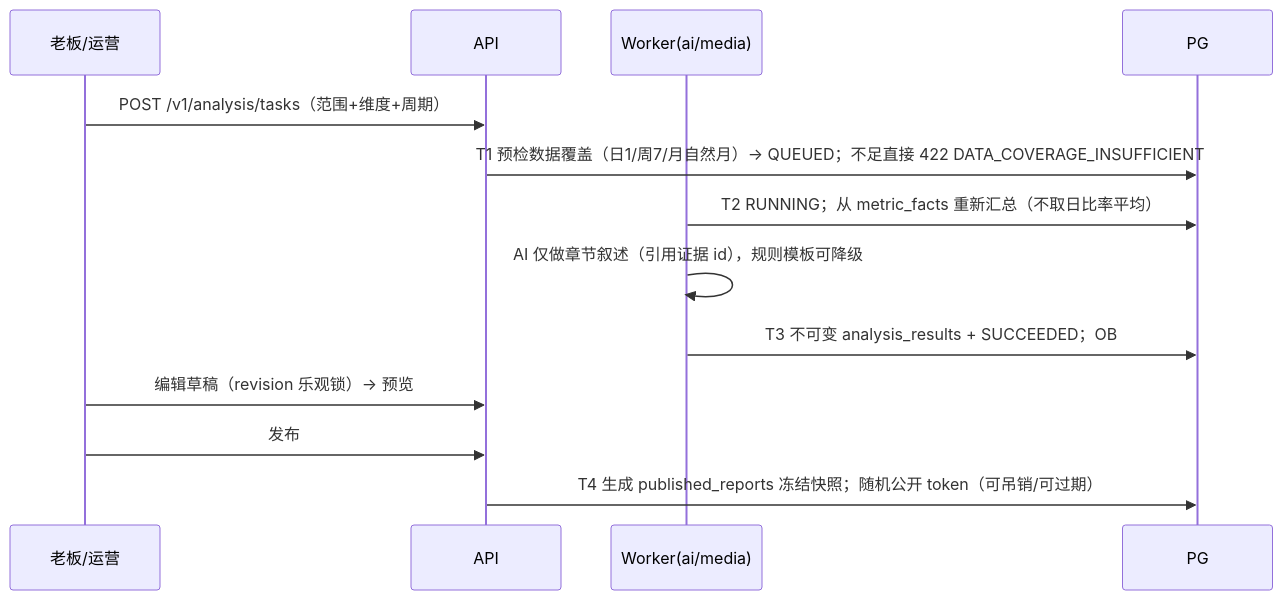
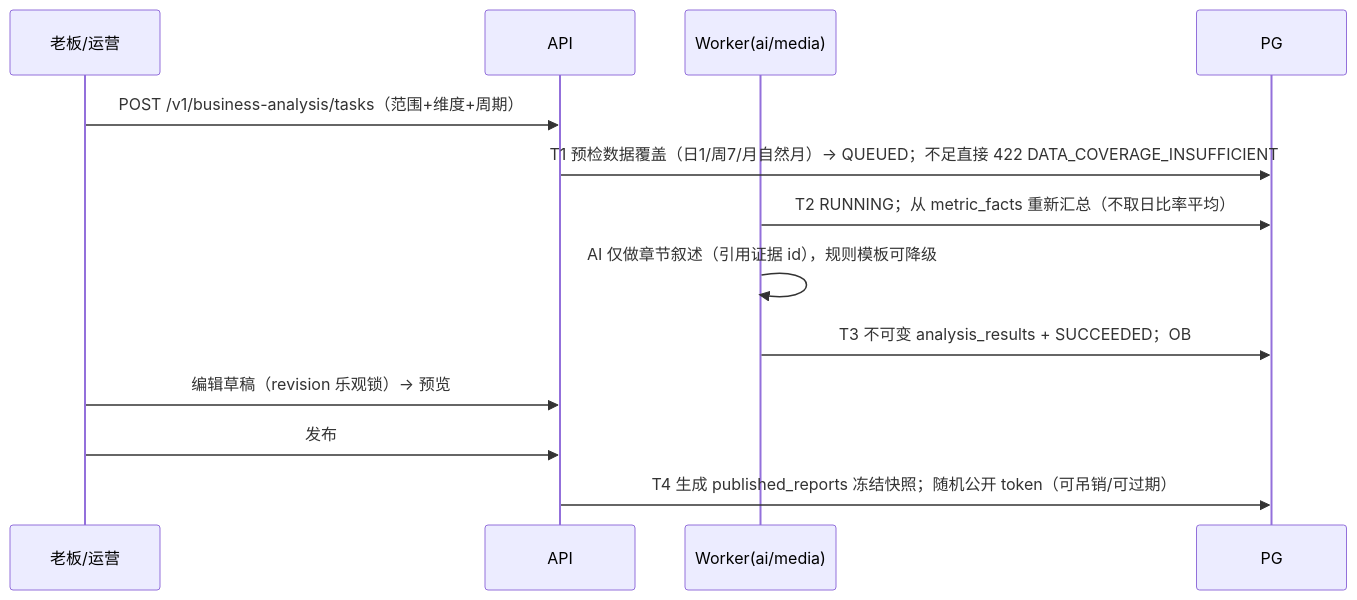
One commit to xiansheng-Lu/yizhi-yuliang changed the ninth of 9 diagrams in docs/backend/architecture/15-关键链路时序与事务边界.md. Above: the diagram before and after it, drawn with Mermaid. The commit also changed other lines of this file and 16 other files, not shown here.

````diff
--- a/docs/backend/architecture/15-关键链路时序与事务边界.md
+++ b/docs/backend/architecture/15-关键链路时序与事务边界.md
@@ -234,15 +234,15 @@
 ```mermaid
 sequenceDiagram
   participant U as 老板/运营
   participant API
   participant W as Worker(ai/media)
   participant PG
-  U->>API: POST /v1/analysis/tasks（范围+维度+周期）
+  U->>API: POST /v1/business-analysis/tasks（范围+维度+周期）
   API->>PG: T1 预检数据覆盖（日1/周7/月自然月）→ QUEUED；不足直接 422 DATA_COVERAGE_INSUFFICIENT
   W->>PG: T2 RUNNING；从 metric_facts 重新汇总（不取日比率平均）
   W->>W: AI 仅做章节叙述（引用证据 id），规则模板可降级
   W->>PG: T3 不可变 analysis_results + SUCCEEDED；OB
   U->>API: 编辑草稿（revision 乐观锁）→ 预览
   U->>API: 发布
   API->>PG: T4 生成 published_reports 冻结快照；随机公开 token（可吊销/可过期）
 ```
````
